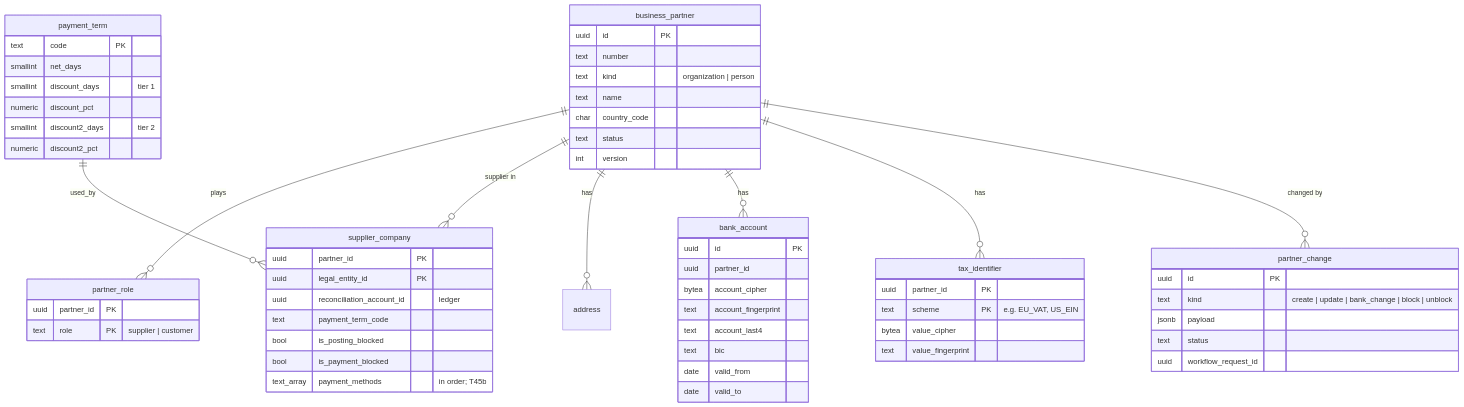
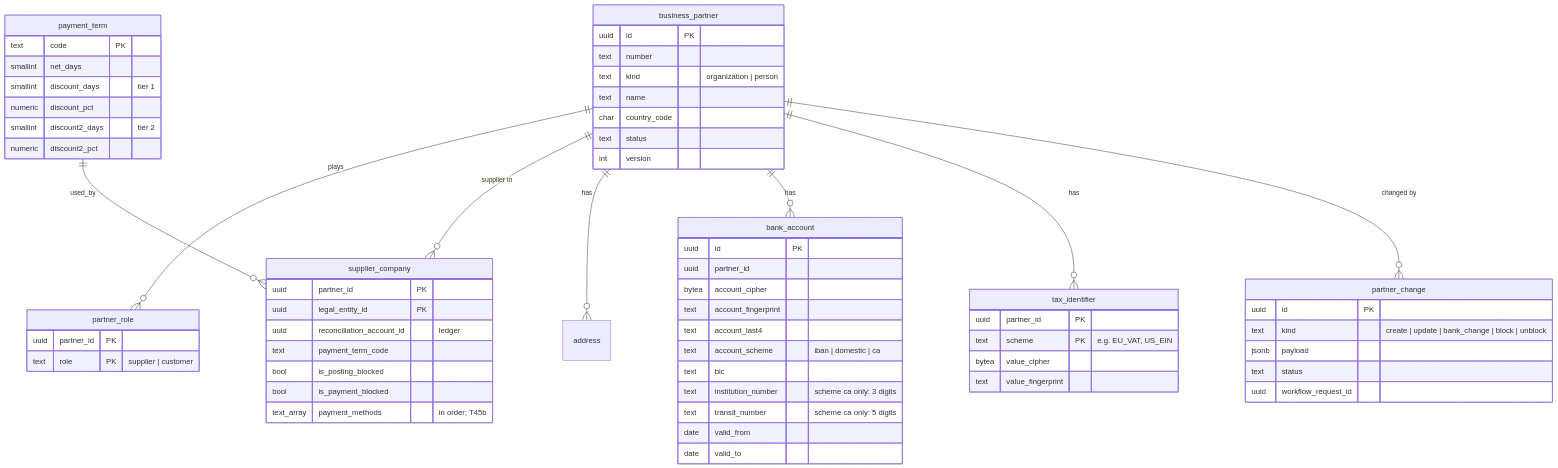
Before and after one commit to mustie7iy/agentic-erp: the fourth of 9 diagrams in docs/design/03-data-model.md, drawn with Mermaid. The commit also changed other lines of this file and 38 other files, not shown here.

````diff
--- a/docs/design/03-data-model.md
+++ b/docs/design/03-data-model.md
@@ -378,49 +378,52 @@
 ```mermaid
 erDiagram
   business_partner ||--o{ partner_role : plays
   business_partner ||--o{ supplier_company : "supplier in"
   business_partner ||--o{ address : has
   business_partner ||--o{ bank_account : has
   business_partner ||--o{ tax_identifier : has
   business_partner ||--o{ partner_change : "changed by"
   payment_term ||--o{ supplier_company : used_by
   business_partner { uuid id PK
     text number
     text kind "organization | person"
     text name
     char country_code
     text status
     int version }
   partner_role { uuid partner_id PK
     text role PK "supplier | customer" }
   supplier_company { uuid partner_id PK
     uuid legal_entity_id PK
     uuid reconciliation_account_id "ledger"
     text payment_term_code
     bool is_posting_blocked
     bool is_payment_blocked
     text_array payment_methods "in order; T45b" }
   bank_account { uuid id PK
     uuid partner_id
     bytea account_cipher
     text account_fingerprint
     text account_last4
+    text account_scheme "iban | domestic | ca"
     text bic
+    text institution_number "scheme ca only: 3 digits"
+    text transit_number "scheme ca only: 5 digits"
     date valid_from
     date valid_to }
   tax_identifier { uuid partner_id PK
     text scheme PK "e.g. EU_VAT, US_EIN"
     bytea value_cipher
     text value_fingerprint }
   partner_change { uuid id PK
     text kind "create | update | bank_change | block | unblock"
     jsonb payload
     text status
     uuid workflow_request_id }
   payment_term { text code PK
     smallint net_days
     smallint discount_days "tier 1"
     numeric discount_pct
     smallint discount2_days "tier 2"
     numeric discount2_pct }
 ```
````
